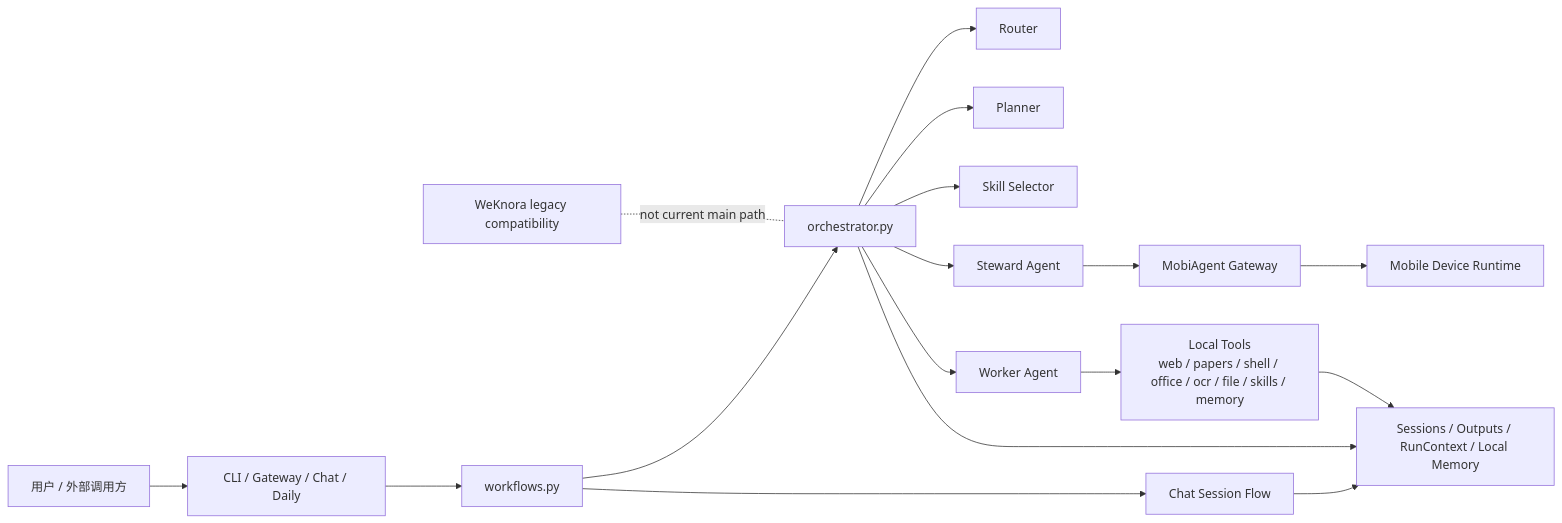
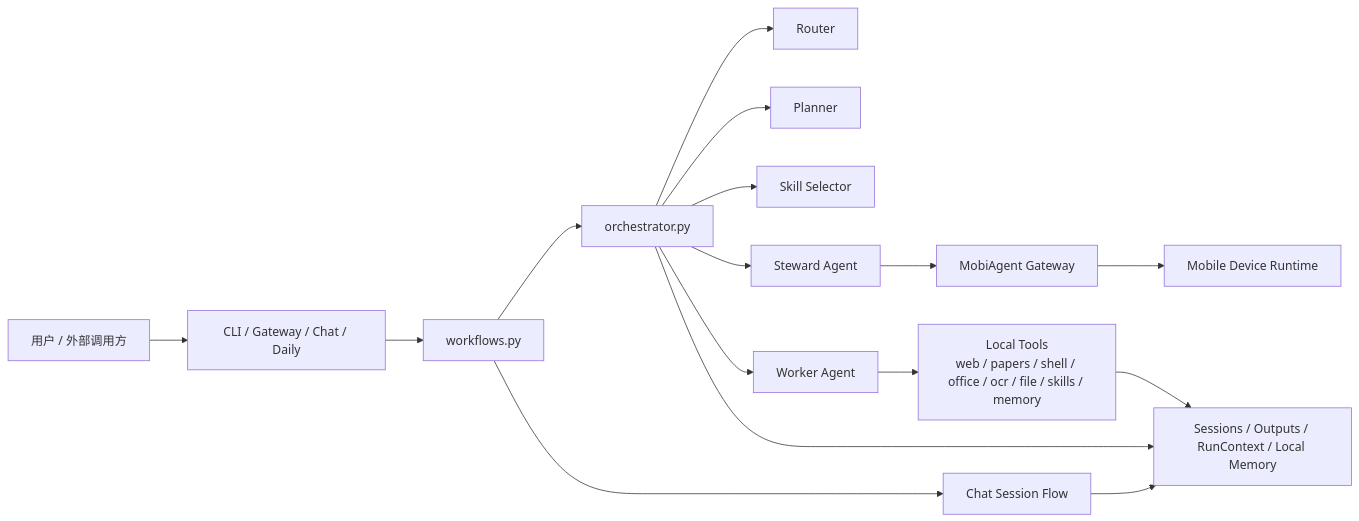
The diagram in docs/Seneschal-简化架构图.md (IPADS-SAI/MobiClaw), drawn with Mermaid before and after one commit. The commit also changed other lines of this file and 40 other files, not shown here.

````diff
--- a/docs/Seneschal-简化架构图.md
+++ b/docs/Seneschal-简化架构图.md
@@ -5,23 +5,22 @@
 ```mermaid
 flowchart LR
     U[用户 / 外部调用方] --> E[CLI / Gateway / Chat / Daily]
     E --> WF[workflows.py]
     WF --> ORCH[orchestrator.py]
     WF --> CHAT[Chat Session Flow]
 
     ORCH --> R[Router]
     ORCH --> P[Planner]
     ORCH --> S[Skill Selector]
     ORCH --> W[Worker Agent]
     ORCH --> ST[Steward Agent]
 
     W --> T[Local Tools\nweb / papers / shell / office / ocr / file / skills / memory]
     ST --> MG[MobiAgent Gateway]
     MG --> PHONE[Mobile Device Runtime]
 
     CHAT --> STATE[Sessions / Outputs / RunContext / Local Memory]
     ORCH --> STATE
     T --> STATE
 
-    LEG[WeKnora legacy compatibility] -.not current main path.- ORCH
 ```
````
